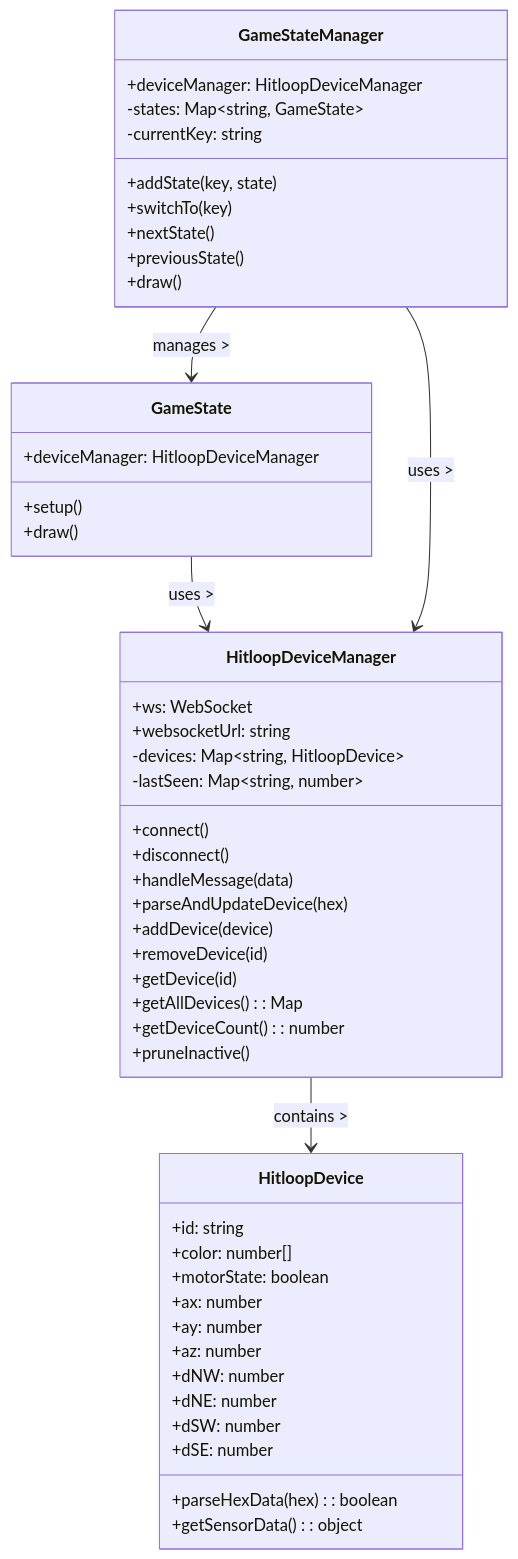
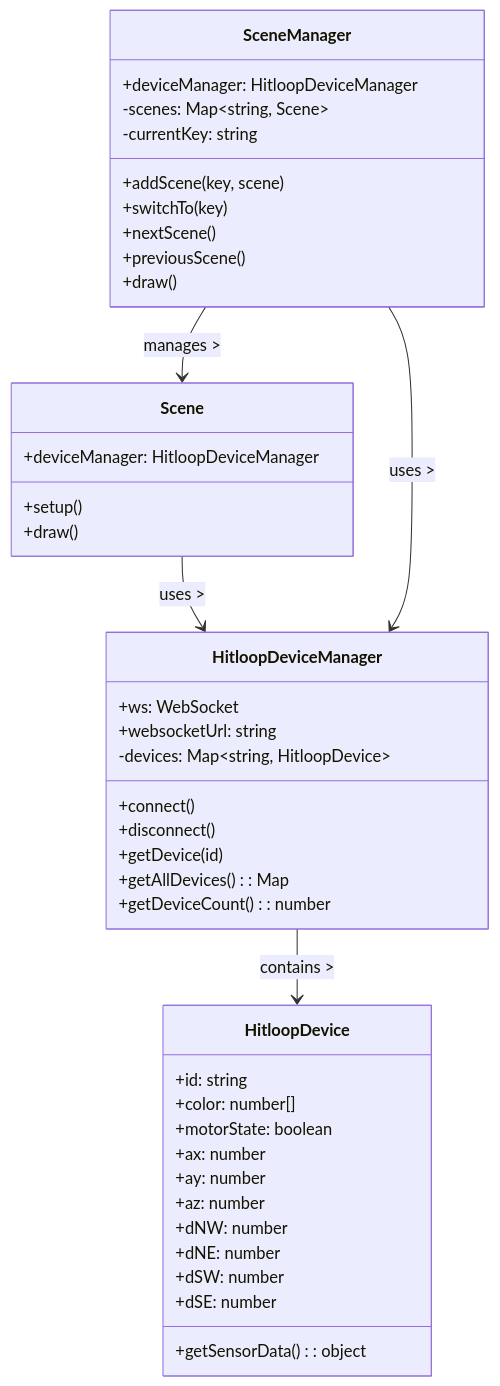
One commit to bpijls/grouploop changed the diagram in documentation/docs/socket-demo/classes.md. Above: the diagram before and after it, drawn with Mermaid. The commit also changed other lines of this file and 9 other files, not shown here.

````diff
--- a/documentation/docs/socket-demo/classes.md
+++ b/documentation/docs/socket-demo/classes.md
@@ -20,56 +14,49 @@
 ```mermaid
 classDiagram
-  class GameState {
+  class Scene {
     +deviceManager: HitloopDeviceManager
     +setup()
     +draw()
   }
 
-  class GameStateManager {
+  class SceneManager {
     +deviceManager: HitloopDeviceManager
-    -states: Map~string, GameState~
+    -scenes: Map~string, Scene~
     -currentKey: string
-    +addState(key, state)
+    +addScene(key, scene)
     +switchTo(key)
-    +nextState()
-    +previousState()
+    +nextScene()
+    +previousScene()
     +draw()
   }
 
   class HitloopDevice {
     +id: string
     +color: number[]
     +motorState: boolean
     +ax: number
     +ay: number
     +az: number
     +dNW: number
     +dNE: number
     +dSW: number
     +dSE: number
-    +parseHexData(hex): boolean
     +getSensorData(): object
   }
 
   class HitloopDeviceManager {
     +ws: WebSocket
     +websocketUrl: string
     -devices: Map~string, HitloopDevice~
-    -lastSeen: Map~string, number~
     +connect()
     +disconnect()
-    +handleMessage(data)
-    +parseAndUpdateDevice(hex)
-    +addDevice(device)
-    +removeDevice(id)
     +getDevice(id)
     +getAllDevices(): Map
     +getDeviceCount(): number
-    +pruneInactive()
   }
 
-  GameStateManager --> GameState : manages >
-  GameState --> HitloopDeviceManager : uses >
-  GameStateManager --> HitloopDeviceManager : uses >
+  SceneManager --> Scene : manages >
+  Scene --> HitloopDeviceManager : uses >
+  SceneManager --> HitloopDeviceManager : uses >
   HitloopDeviceManager --> HitloopDevice : contains >
 ```
````
